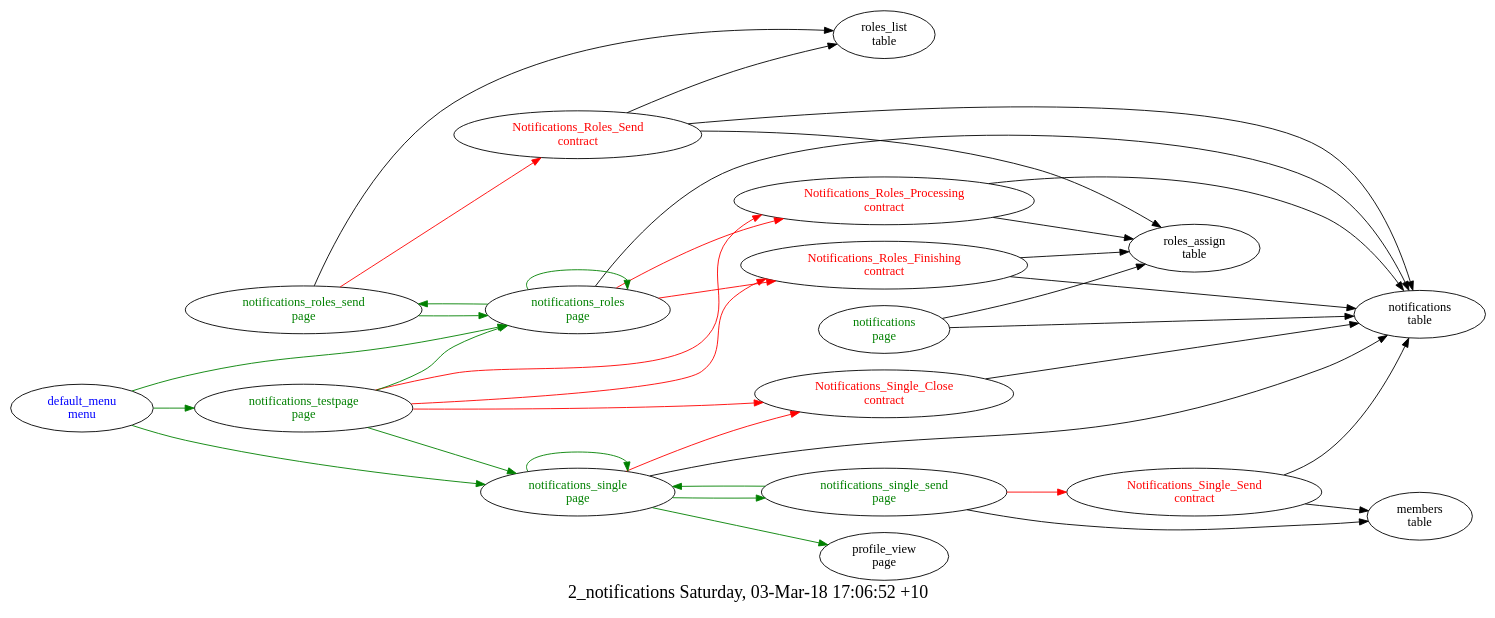
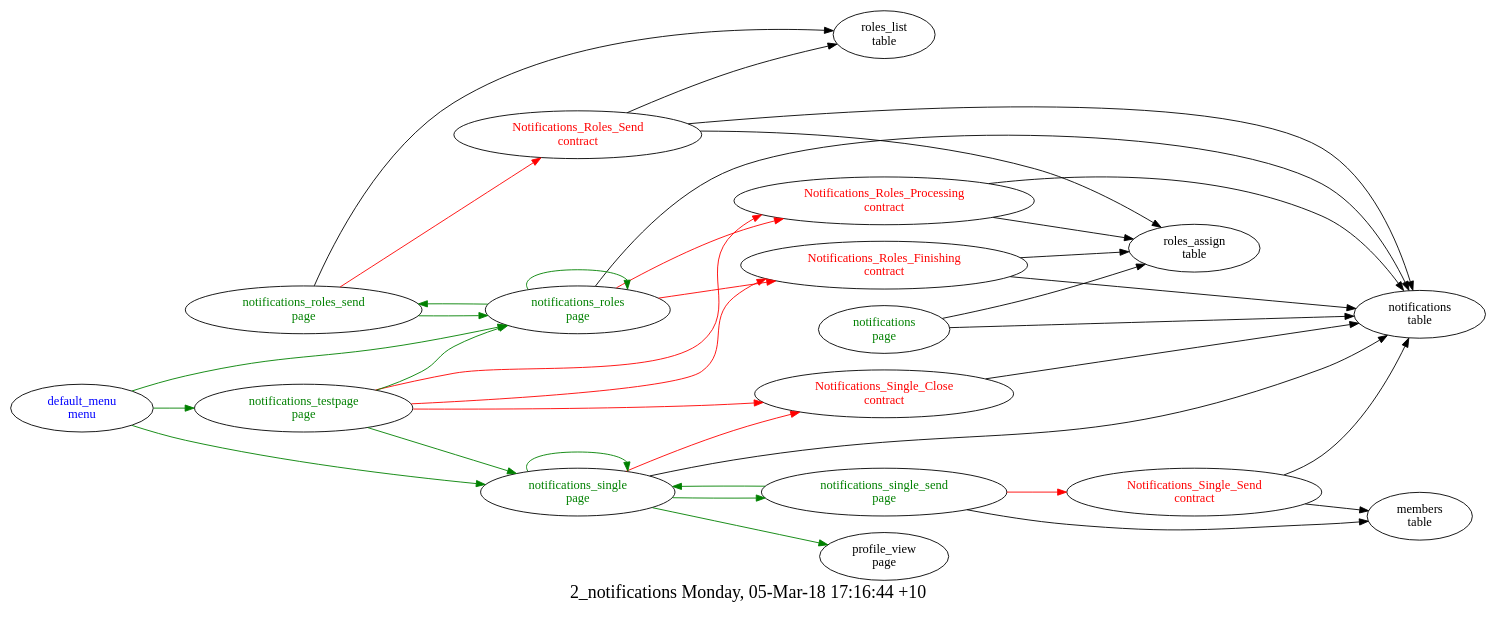
Before and after one commit to AplaProject/apps: the diagram in src/basic/common/2_notifications/struct.dot, drawn with Graphviz. The commit also changed 70 other files, not shown here.

```diff
--- a/src/basic/common/2_notifications/struct.dot
+++ b/src/basic/common/2_notifications/struct.dot
@@ -1,53 +1,53 @@
 digraph G {
 fontsize="20.0";
-label="2_notifications Saturday, 03-Mar-18 17:06:52 +10";
+label="2_notifications Monday, 05-Mar-18 17:16:44 +10";
 rankdir=LR;
 "Notifications_Roles_Finishing\ncontract" -> "notifications\ntable"
 "Notifications_Roles_Finishing\ncontract" -> "roles_assign\ntable"
 "Notifications_Roles_Finishing\ncontract" [fontcolor=red, group=contracts];
 "Notifications_Roles_Processing\ncontract" -> "notifications\ntable"
 "Notifications_Roles_Processing\ncontract" -> "roles_assign\ntable"
 "Notifications_Roles_Processing\ncontract" [fontcolor=red, group=contracts];
 "Notifications_Single_Send\ncontract" -> "members\ntable"
 "Notifications_Single_Send\ncontract" -> "notifications\ntable"
 "Notifications_Single_Send\ncontract" [fontcolor=red, group=contracts];
 "Notifications_Single_Close\ncontract" -> "notifications\ntable"
 "Notifications_Single_Close\ncontract" [fontcolor=red, group=contracts];
 "Notifications_Roles_Send\ncontract" -> "roles_assign\ntable"
 "Notifications_Roles_Send\ncontract" -> "roles_list\ntable"
 "Notifications_Roles_Send\ncontract" -> "notifications\ntable"
 "Notifications_Roles_Send\ncontract" [fontcolor=red, group=contracts];
 "default_menu\nmenu" -> "notifications_single\npage"  [ color=green ]
 "default_menu\nmenu" -> "notifications_roles\npage"  [ color=green ]
 "default_menu\nmenu" -> "notifications_testpage\npage"  [ color=green ]
 "default_menu\nmenu" [fontcolor=blue, group=menus];
 "notifications\npage" -> "notifications\ntable"
 "notifications\npage" -> "roles_assign\ntable"
 "notifications\npage" [fontcolor=green, group=pages];
 "notifications_roles\npage" -> "Notifications_Roles_Processing\ncontract"  [ color=red ]
 "notifications_roles\npage" -> "Notifications_Roles_Finishing\ncontract"  [ color=red ]
 "notifications_roles\npage" -> "notifications\ntable"
 "notifications_roles\npage" -> "notifications_roles\npage"  [ color=green ]
 "notifications_roles\npage" -> "notifications_roles_send\npage"  [ color=green ]
 "notifications_roles\npage" [fontcolor=green, group=pages];
 "notifications_roles_send\npage" -> "Notifications_Roles_Send\ncontract"  [ color=red ]
 "notifications_roles_send\npage" -> "roles_list\ntable"
 "notifications_roles_send\npage" -> "notifications_roles\npage"  [ color=green ]
 "notifications_roles_send\npage" [fontcolor=green, group=pages];
 "notifications_single\npage" -> "Notifications_Single_Close\ncontract"  [ color=red ]
 "notifications_single\npage" -> "notifications\ntable"
 "notifications_single\npage" -> "profile_view\npage"  [ color=green ]
 "notifications_single\npage" -> "notifications_single\npage"  [ color=green ]
 "notifications_single\npage" -> "notifications_single_send\npage"  [ color=green ]
 "notifications_single\npage" [fontcolor=green, group=pages];
 "notifications_single_send\npage" -> "Notifications_Single_Send\ncontract"  [ color=red ]
 "notifications_single_send\npage" -> "members\ntable"
 "notifications_single_send\npage" -> "notifications_single\npage"  [ color=green ]
 "notifications_single_send\npage" [fontcolor=green, group=pages];
 "notifications_testpage\npage" -> "Notifications_Single_Close\ncontract"  [ color=red ]
 "notifications_testpage\npage" -> "Notifications_Roles_Processing\ncontract"  [ color=red ]
 "notifications_testpage\npage" -> "Notifications_Roles_Finishing\ncontract"  [ color=red ]
 "notifications_testpage\npage" -> "notifications_single\npage"  [ color=green ]
 "notifications_testpage\npage" -> "notifications_roles\npage"  [ color=green ]
 "notifications_testpage\npage" [fontcolor=green, group=pages];
 }
```
